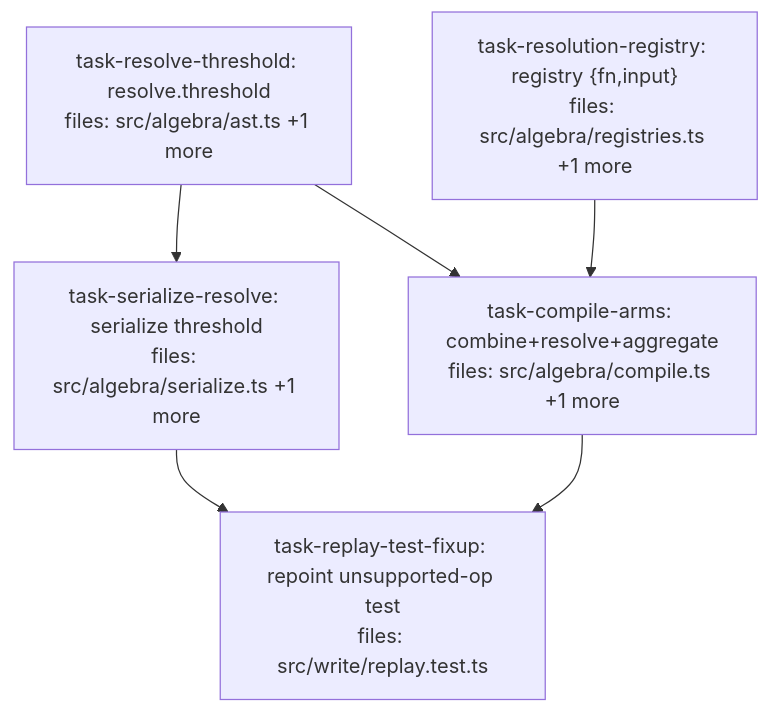
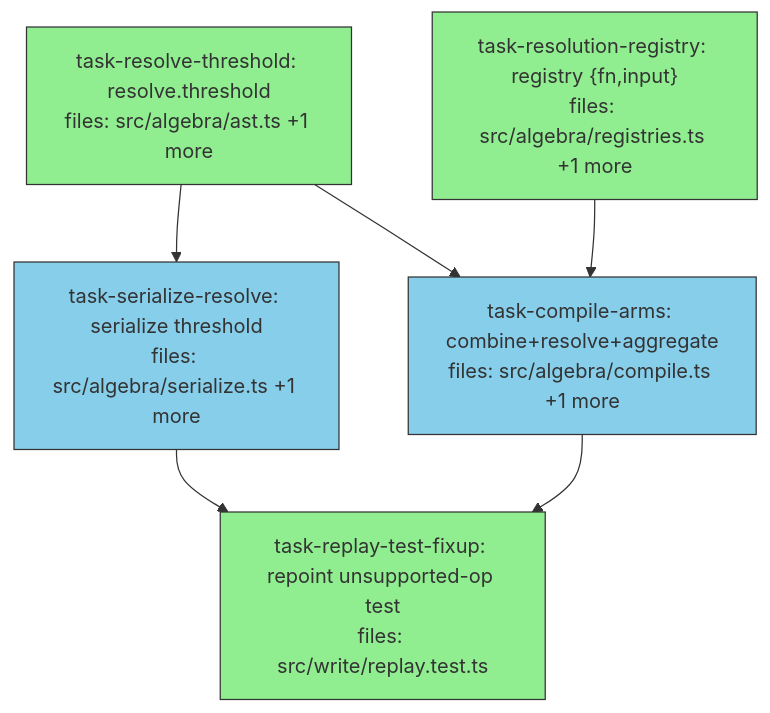
The diagram in docs/superpowers/plans/2026-05-29-compile-dedupe-resolve-dag.md (BrettNye/Mneme), drawn with Mermaid before and after one commit. The commit also changed other lines of this file, not shown here.

Commit message:
docs(compile): mark DAG plan complete (5/5 done)

````diff
--- a/docs/superpowers/plans/2026-05-29-compile-dedupe-resolve-dag.md
+++ b/docs/superpowers/plans/2026-05-29-compile-dedupe-resolve-dag.md
@@ -6,20 +6,20 @@
 ```mermaid
 flowchart TD
-    task-resolve-threshold["task-resolve-threshold: resolve.threshold<br/>files: src/algebra/ast.ts +1 more"]
-    task-resolution-registry["task-resolution-registry: registry {fn,input}<br/>files: src/algebra/registries.ts +1 more"]
-    task-serialize-resolve["task-serialize-resolve: serialize threshold<br/>files: src/algebra/serialize.ts +1 more"]
-    task-compile-arms["task-compile-arms: combine+resolve+aggregate<br/>files: src/algebra/compile.ts +1 more"]
-    task-replay-test-fixup["task-replay-test-fixup: repoint unsupported-op test<br/>files: src/write/replay.test.ts"]
+    task-resolve-threshold["task-resolve-threshold: resolve.threshold<br/>files: src/algebra/ast.ts +1 more"]:::done
+    task-resolution-registry["task-resolution-registry: registry {fn,input}<br/>files: src/algebra/registries.ts +1 more"]:::done
+    task-serialize-resolve["task-serialize-resolve: serialize threshold<br/>files: src/algebra/serialize.ts +1 more"]:::running
+    task-compile-arms["task-compile-arms: combine+resolve+aggregate<br/>files: src/algebra/compile.ts +1 more"]:::running
+    task-replay-test-fixup["task-replay-test-fixup: repoint unsupported-op test<br/>files: src/write/replay.test.ts"]:::done
 
     task-resolve-threshold --> task-serialize-resolve
     task-resolve-threshold --> task-compile-arms
     task-resolution-registry --> task-compile-arms
     task-compile-arms --> task-replay-test-fixup
     task-serialize-resolve --> task-replay-test-fixup
 
     classDef done fill:#90ee90,stroke:#333
     classDef ready fill:#fffacd,stroke:#333
     classDef running fill:#87ceeb,stroke:#333
     classDef failed fill:#ffb6c1,stroke:#333
     classDef skipped fill:#d3d3d3,stroke:#333,stroke-dasharray: 5 5
 ```
````
